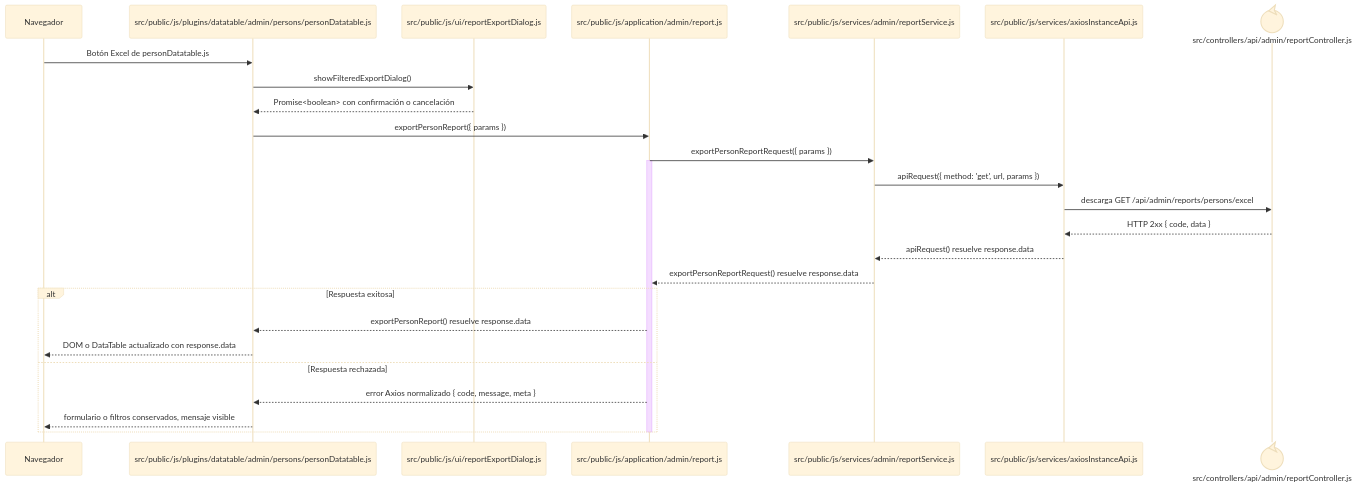
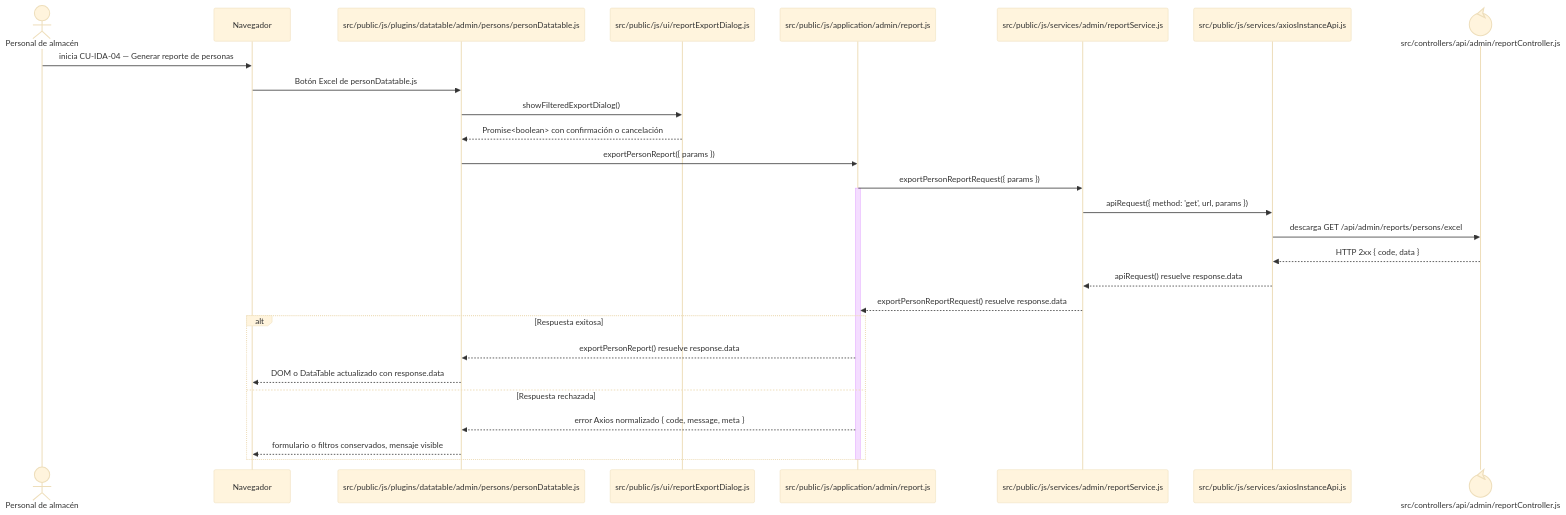
The diagram in docs/architecture/frontend-code-sequences/identity-access/cu-ida-04.md (gpgsistemas01/nexus), drawn with Mermaid (base theme) before and after one commit. The commit also changed 105 other files, not shown here.

````diff
--- a/docs/architecture/frontend-code-sequences/identity-access/cu-ida-04.md
+++ b/docs/architecture/frontend-code-sequences/identity-access/cu-ida-04.md
@@ -6,30 +6,32 @@
 ```mermaid
 sequenceDiagram
+    actor Initiator as Personal de almacén
     participant Browser as Navegador
     participant View as src/public/js/plugins/datatable/admin/persons/personDatatable.js
     participant Dialog as src/public/js/ui/reportExportDialog.js
     participant Application as src/public/js/application/admin/report.js
     participant Request as src/public/js/services/admin/reportService.js
     participant HTTP as src/public/js/services/axiosInstanceApi.js
     participant Transport@{ "type": "control" } as src/controllers/api/admin/reportController.js
 
+    Initiator->>Browser: inicia CU-IDA-04 — Generar reporte de personas
     Browser->>View: Botón Excel de personDatatable.js
     View->>Dialog: showFilteredExportDialog()
     Dialog-->>View: Promise<boolean> con confirmación o cancelación
     View->>Application: exportPersonReport({ params })
     Application->>Request: exportPersonReportRequest({ params })
     activate Application
     Request->>HTTP: apiRequest({ method: 'get', url, params })
     HTTP->>Transport: descarga GET /api/admin/reports/persons/excel
     Transport-->>HTTP: HTTP 2xx { code, data }
     HTTP-->>Request: apiRequest() resuelve response.data
     Request-->>Application: exportPersonReportRequest() resuelve response.data
     alt Respuesta exitosa
         Application-->>View: exportPersonReport() resuelve response.data
         View-->>Browser: DOM o DataTable actualizado con response.data
     else Respuesta rechazada
         Application-->>View: error Axios normalizado { code, message, meta }
         View-->>Browser: formulario o filtros conservados, mensaje visible
     end
     deactivate Application
 ```
````
